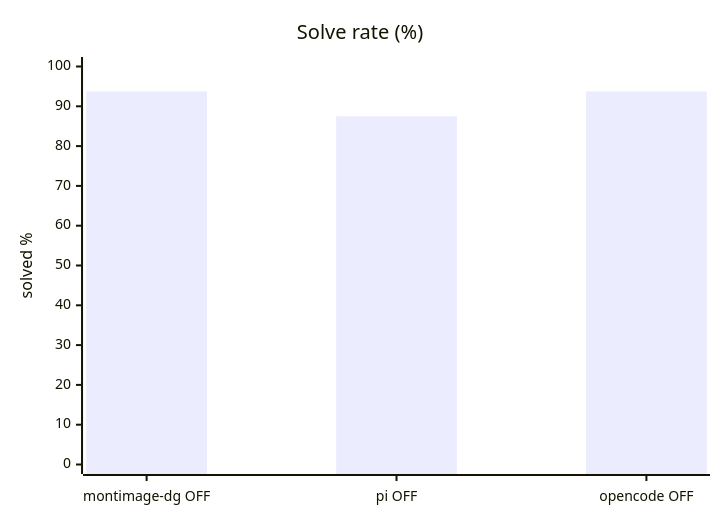
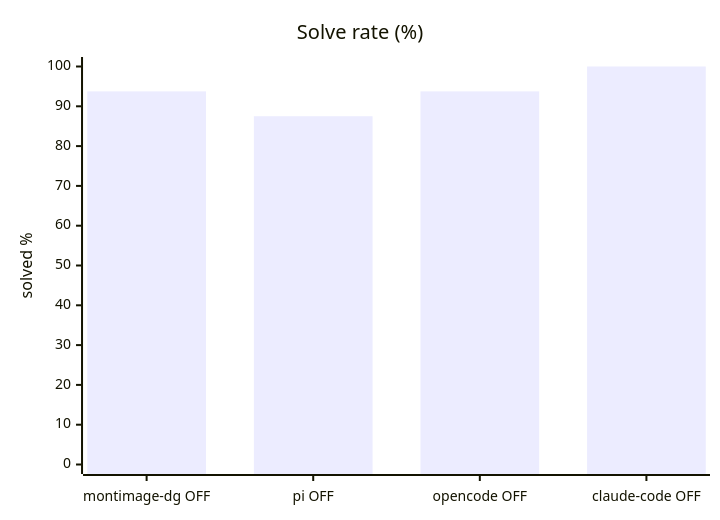
The first of 6 diagrams in results/2026-08-20-pi-harness/REPORT-hard.md (luongnv89/dgx-spark-llm-lab), drawn with Mermaid before and after one commit. The commit also changed other lines of this file and 12 other files, not shown here.

First line of the commit message:
Add the Claude Code harness adapter and fold it into the comparison (#1)

````diff
--- a/results/2026-08-20-pi-harness/REPORT-hard.md
+++ b/results/2026-08-20-pi-harness/REPORT-hard.md
@@ -27,7 +30,7 @@
 ```mermaid
 xychart-beta
     title "Solve rate (%)"
-    x-axis ["montimage-dg OFF", "pi OFF", "opencode OFF"]
+    x-axis ["montimage-dg OFF", "pi OFF", "opencode OFF", "claude-code OFF"]
     y-axis "solved %" 0 --> 100
-    bar [93.75, 87.5, 93.75]
+    bar [93.75, 87.5, 93.75, 100]
 ```
````
